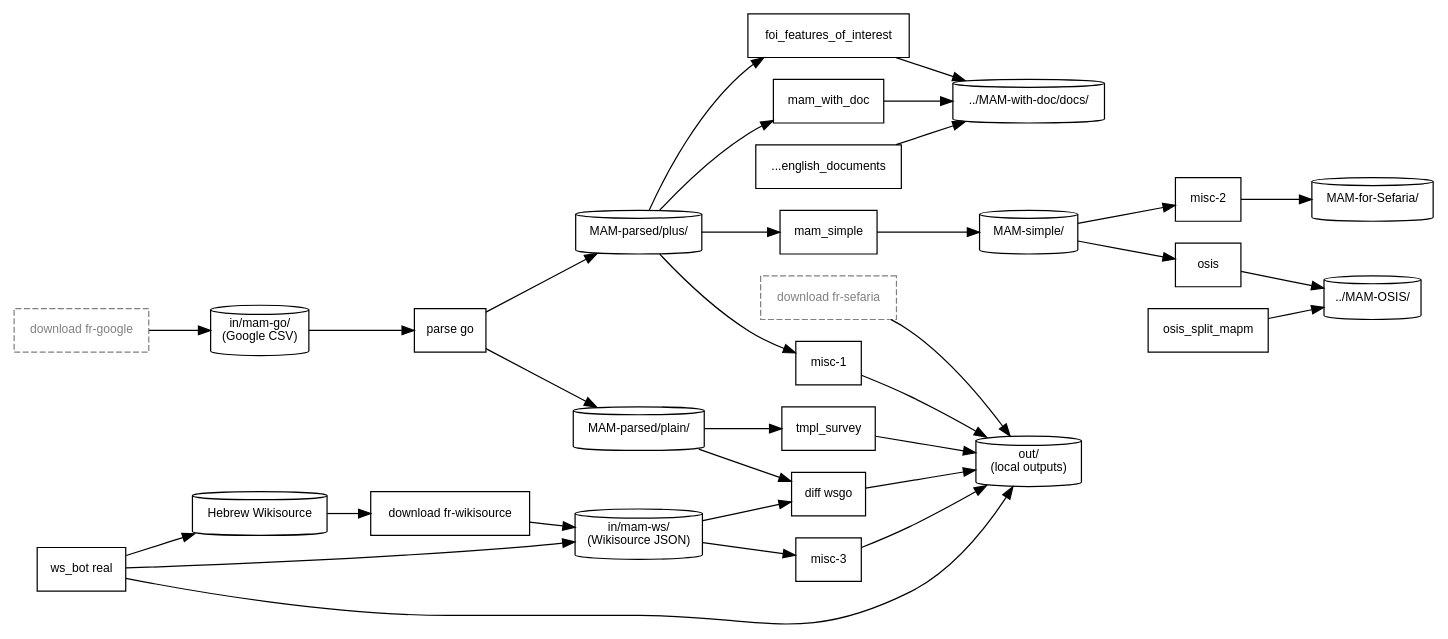
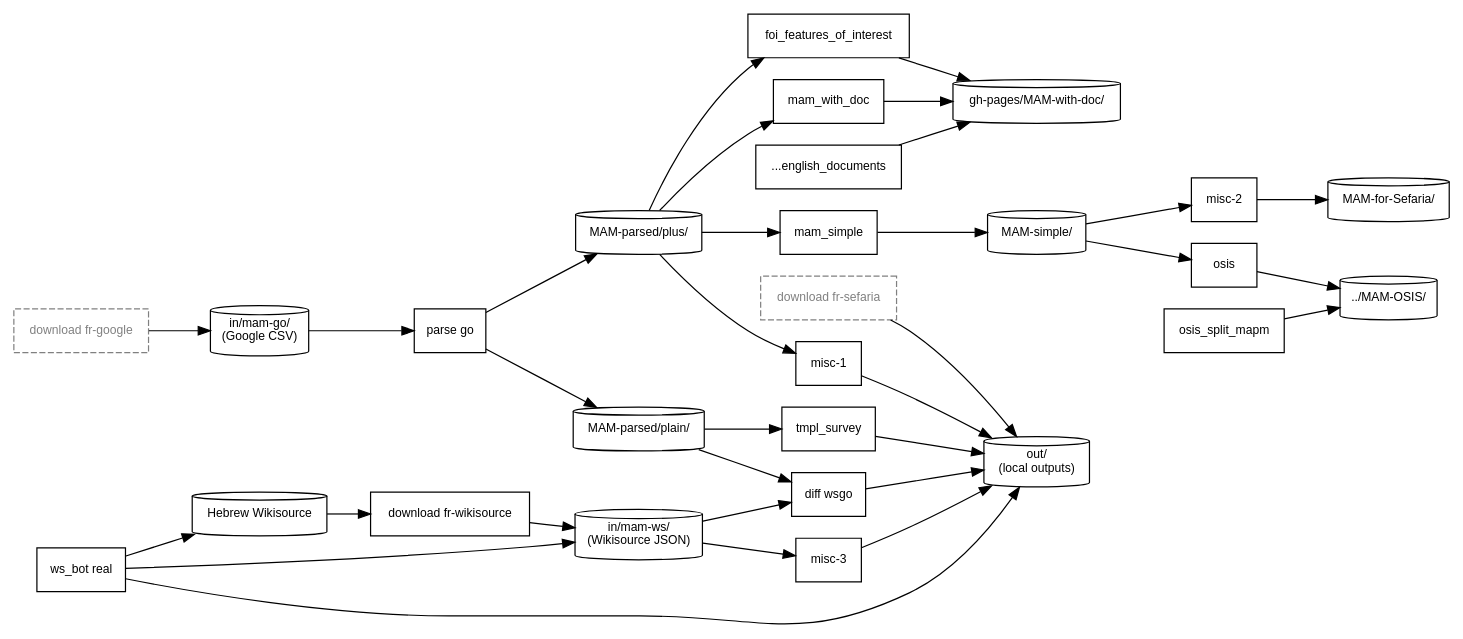
One commit to bdenckla/MAM-basics changed the diagram in doc/process-documentation/pipeline.dot. Above: the diagram before and after it, drawn with Graphviz. The commit also changed 67 other files, not shown here.

```diff
--- a/doc/process-documentation/pipeline.dot
+++ b/doc/process-documentation/pipeline.dot
@@ -1,92 +1,92 @@
 digraph mam_pipeline {
     // This file was generated by MAM-basics/py/main_pipeline_graph.py.
     // Do not edit by hand; edit py/pipeline_graph/pipeline_graph_spec.py instead.
     graph [comment="This file was generated by MAM-basics/py/main_pipeline_graph.py."];
     // Generated from structured pipeline data.
     rankdir=LR;
     node [fontname="Helvetica", fontsize=10];
     edge [fontname="Helvetica", fontsize=9];
 
     // ── Data stores ──
     node [shape=cylinder];
     ds_go_csv        [label="in/mam-go/\n(Google CSV)"];
     ds_parsed_plus   [label="MAM-parsed/plus/"];
     ds_parsed_plain  [label="MAM-parsed/plain/"];
     ds_ws            [label="in/mam-ws/\n(Wikisource JSON)"];
     src_ws_live      [label="Hebrew Wikisource"];
     ds_simple        [label="MAM-simple/"];
-    ds_with_doc      [label="../MAM-with-doc/docs/"];
+    ds_with_doc      [label="gh-pages/MAM-with-doc/"];
     ds_sefaria       [label="MAM-for-Sefaria/"];
     ds_osis          [label="../MAM-OSIS/"];
     ds_out           [label="out/\n(local outputs)"];
 
     // ── External prerequisites (not part of _STEPS) ──
     node [shape=box, style=dashed, color=gray, fontcolor=gray];
     download_go      [label="download fr-google"];
     download_sef     [label="download fr-sefaria"];
     download_ws      [label="download fr-wikisource", style="", color="", fontcolor=""];
 
     // ── Pipeline steps ──
     node [shape=box, style="", color="", fontcolor=""];
     parse_go         [label="parse go"];
     foi              [label="foi_features_of_interest"];
     mam_with_doc     [label="mam_with_doc"];
     tmpl_survey      [label="tmpl_survey"];
     mam_simple       [label="mam_simple"];
     misc_2           [label="misc-2"];
     osis             [label="osis"];
     misc_1           [label="misc-1", tooltip="decnreub\nmultimark\nwordlist\nexplicit_xataf\ndiff ctr-vs-mam"];
     diff_wsgo        [label="diff wsgo"];
     misc_3           [label="misc-3", tooltip="parse ws\nws_bot proto"];
     ws_bot           [label="ws_bot real"];
     gen_docs         [label="...english_documents"];
     osis_split       [label="osis_split_mapm"];
 
     // ── Edges ──
 
     // Google pipeline
     download_go     -> ds_go_csv;
     ds_go_csv       -> parse_go;
     parse_go        -> ds_parsed_plus;
     parse_go        -> ds_parsed_plain;
 
     // MAM-parsed consumers
     ds_parsed_plus  -> foi;
     ds_parsed_plus  -> mam_with_doc;
     ds_parsed_plus  -> mam_simple;
     ds_parsed_plus  -> misc_1;
     ds_parsed_plain -> tmpl_survey;
     ds_parsed_plain -> diff_wsgo;
 
     // MAM-with-doc outputs
     foi             -> ds_with_doc;
     mam_with_doc    -> ds_with_doc;
     gen_docs        -> ds_with_doc;
 
     // MAM-simple pipeline
     mam_simple      -> ds_simple;
     ds_simple       -> misc_2;
     ds_simple       -> osis;
     misc_2          -> ds_sefaria;
     osis            -> ds_osis;
     osis_split      -> ds_osis;
 
     // Local out/ outputs
     tmpl_survey     -> ds_out;
     misc_1          -> ds_out;
     diff_wsgo       -> ds_out;
     misc_3          -> ds_out;
 
     // Wikisource pipeline
     src_ws_live     -> download_ws;
     download_ws     -> ds_ws;
     ds_ws           -> diff_wsgo;
     ds_ws           -> misc_3;
     ws_bot          -> src_ws_live;
     ws_bot          -> ds_ws;
     ws_bot          -> ds_out [tooltip="via automatic post-download reparse"];
 
     // Sefaria download (standalone)
     download_sef    -> ds_out;
 
 }
```
